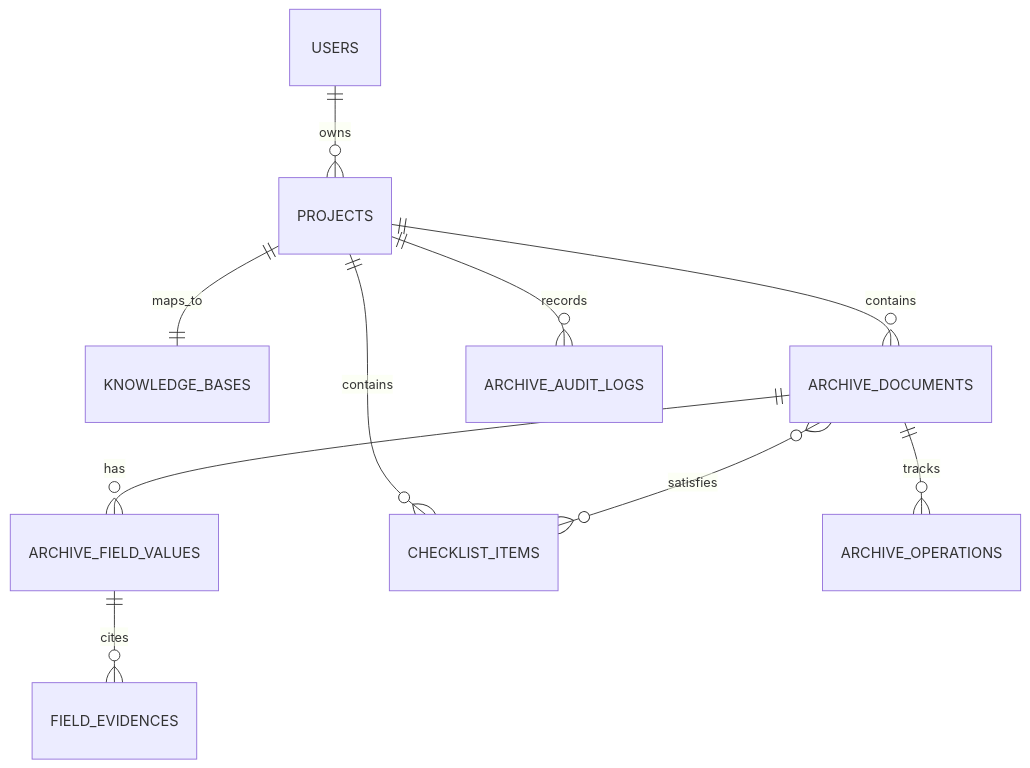
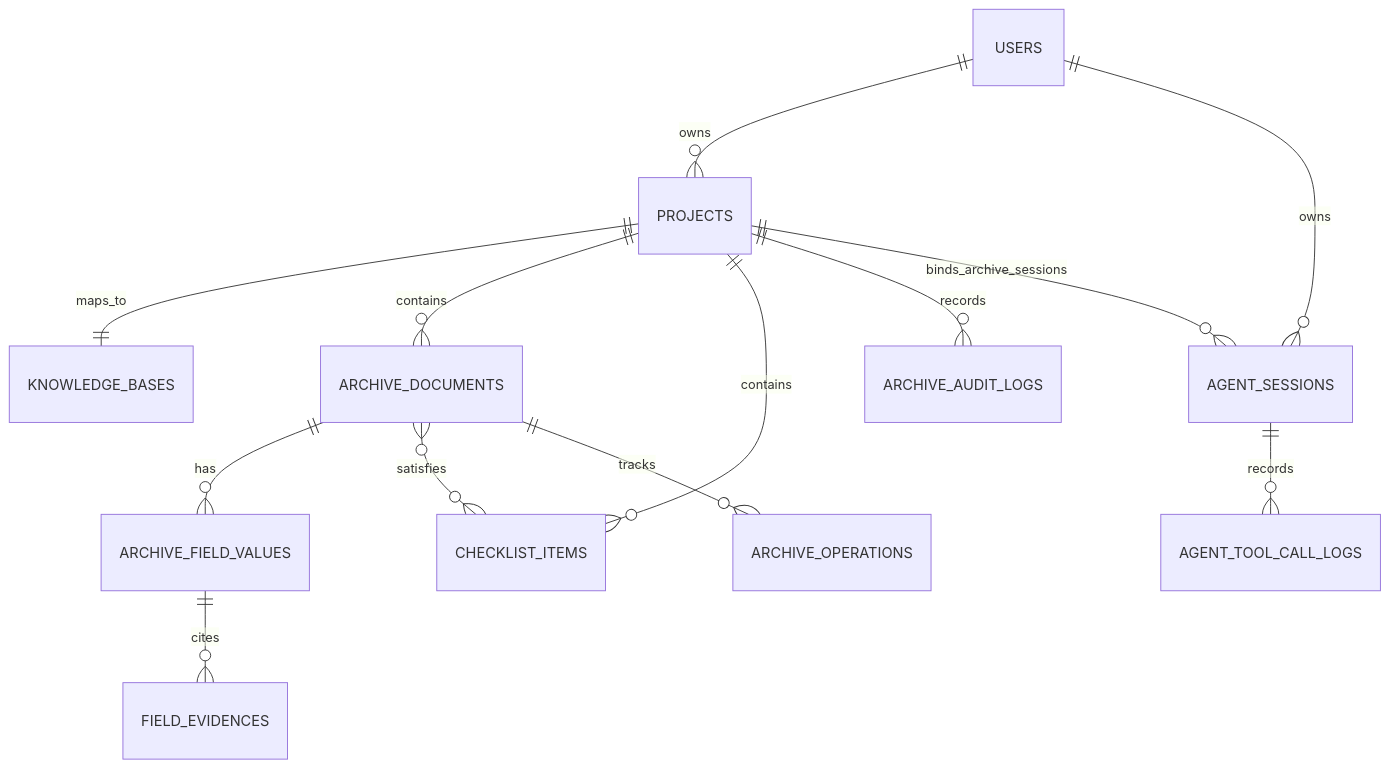
Before and after one commit to yabuki-jou/mini-rag: the second of 6 diagrams in docs/design/技术架构.md, drawn with Mermaid. The commit also changed other lines of this file and 20 other files, not shown here.

````diff
--- a/docs/design/技术架构.md
+++ b/docs/design/技术架构.md
@@ -248,12 +279,15 @@
 ```mermaid
 erDiagram
     USERS ||--o{ PROJECTS : owns
     PROJECTS ||--|| KNOWLEDGE_BASES : maps_to
     PROJECTS ||--o{ ARCHIVE_DOCUMENTS : contains
     ARCHIVE_DOCUMENTS ||--o{ ARCHIVE_FIELD_VALUES : has
     ARCHIVE_FIELD_VALUES ||--o{ FIELD_EVIDENCES : cites
     PROJECTS ||--o{ CHECKLIST_ITEMS : contains
     ARCHIVE_DOCUMENTS }o--o{ CHECKLIST_ITEMS : satisfies
     PROJECTS ||--o{ ARCHIVE_AUDIT_LOGS : records
     ARCHIVE_DOCUMENTS ||--o{ ARCHIVE_OPERATIONS : tracks
+    USERS ||--o{ AGENT_SESSIONS : owns
+    PROJECTS ||--o{ AGENT_SESSIONS : binds_archive_sessions
+    AGENT_SESSIONS ||--o{ AGENT_TOOL_CALL_LOGS : records
 ```
````
